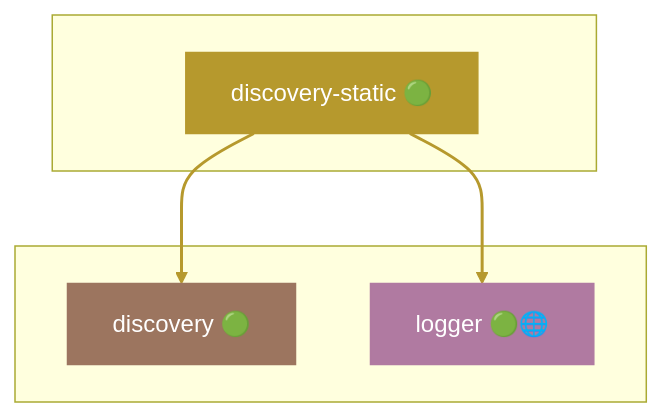
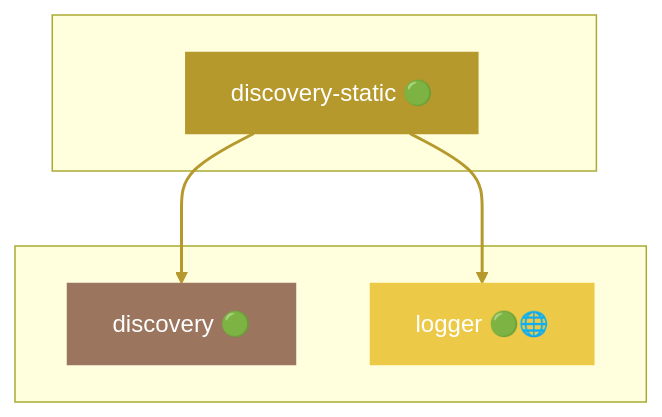
Before and after one commit to grest-ts/grest-ts: diagram 14 of 40 in docs/DEPENDENCIES.md, drawn with Mermaid. The commit also changed other lines of this file and 34 other files, not shown here.

````diff
--- a/docs/DEPENDENCIES.md
+++ b/docs/DEPENDENCIES.md
@@ -773,17 +771,17 @@
 ```mermaid
 flowchart TB
     subgraph Package[" "]
         discovery-static["discovery-static 🟢"]
     end
     subgraph Dependencies[" "]
         discovery["discovery 🟢"]
         logger["logger 🟢🌐"]
     end
     discovery-static --> discovery
     discovery-static --> logger
     style discovery-static fill:#B6992D,stroke:#B6992D,color:#fff
     style discovery fill:#9C755F,stroke:#9C755F,color:#fff
-    style logger fill:#B07AA1,stroke:#B07AA1,color:#fff
+    style logger fill:#EDC948,stroke:#EDC948,color:#fff
     linkStyle 0 stroke:#B6992D,stroke-width:2px
     linkStyle 1 stroke:#B6992D,stroke-width:2px
 ```
````
